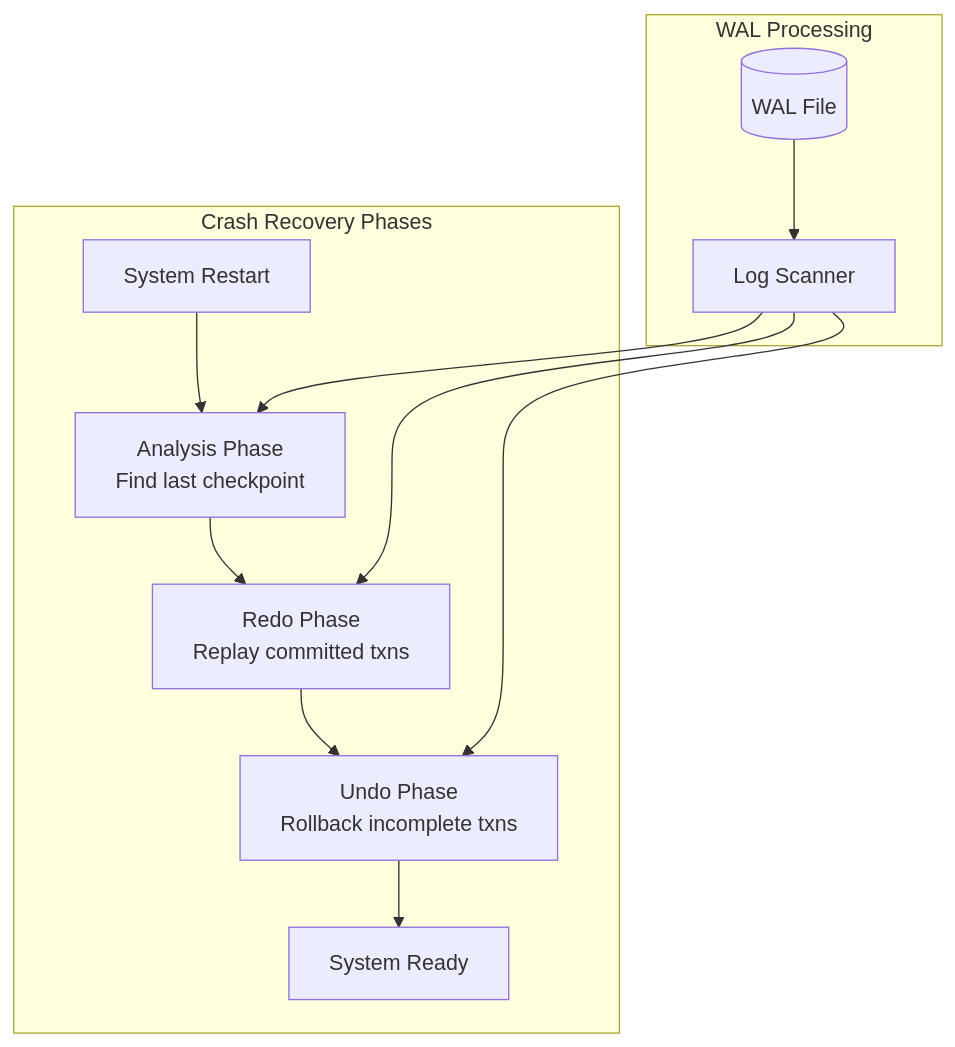
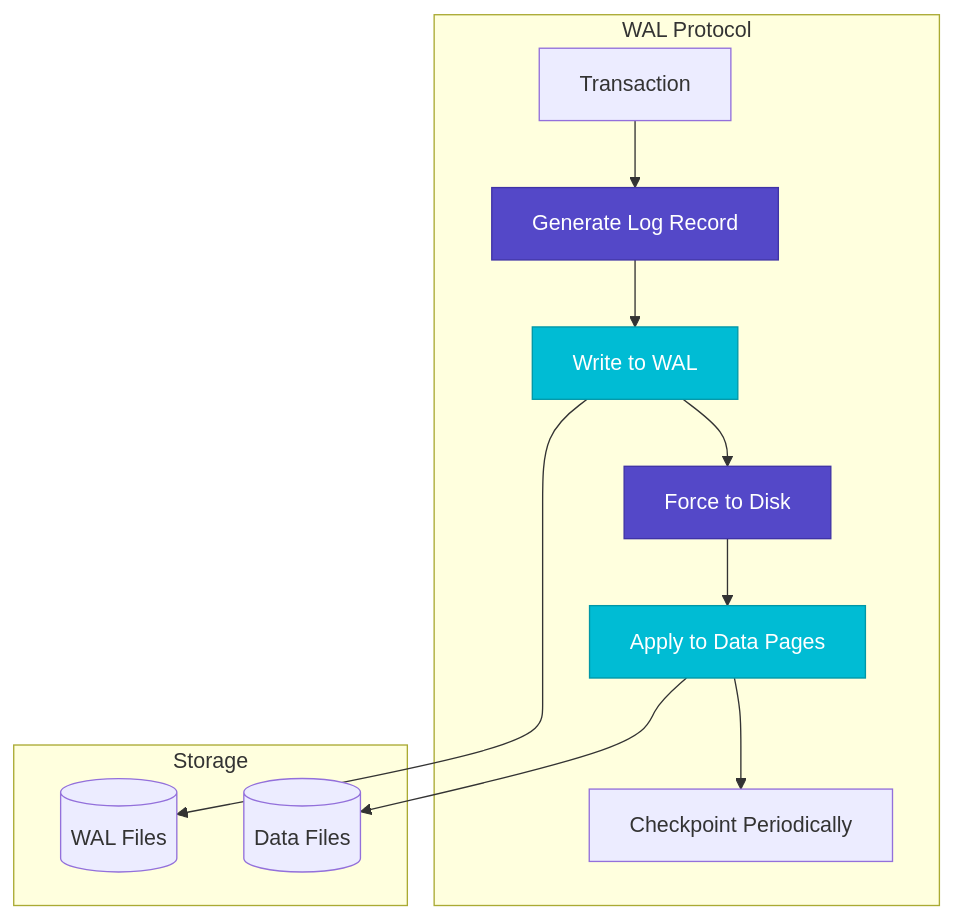
The second of 6 diagrams in docs/pattern-library/data-management/write-ahead-log.md (deepaucksharma/DStudio), drawn with Mermaid before and after one commit. The commit also changed other lines of this file and 23 other files, not shown here.

````diff
--- a/docs/pattern-library/data-management/write-ahead-log.md
+++ b/docs/pattern-library/data-management/write-ahead-log.md
@@ -154,16 +115,24 @@
 ```mermaid
 graph TB
- subgraph "Crash Recovery Phases"
- Start[System Restart] --> Analysis[Analysis Phase<br/>Find last checkpoint]
- Analysis --> Redo[Redo Phase<br/>Replay committed txns]
- Redo --> Undo[Undo Phase<br/>Rollback incomplete txns]
- Undo --> Ready[System Ready]
- end
- 
- subgraph "WAL Processing"
- WAL[(WAL File)] --> Scanner[Log Scanner]
- Scanner --> Analysis
- Scanner --> Redo
- Scanner --> Undo
- end
+    subgraph "WAL Protocol"
+        T[Transaction] --> L[Generate Log Record]
+        L --> W[Write to WAL]
+        W --> F[Force to Disk]
+        F --> A[Apply to Data Pages]
+        A --> C[Checkpoint Periodically]
+    end
+    
+    subgraph "Storage"
+        WAL[(WAL Files)]
+        Data[(Data Files)]
+    end
+    
+    W --> WAL
+    A --> Data
+    
+    classDef primary fill:#5448C8,stroke:#3f33a6,color:#fff
+    classDef secondary fill:#00BCD4,stroke:#0097a7,color:#fff
+    
+    class L,F primary
+    class W,A secondary
 ```
````
